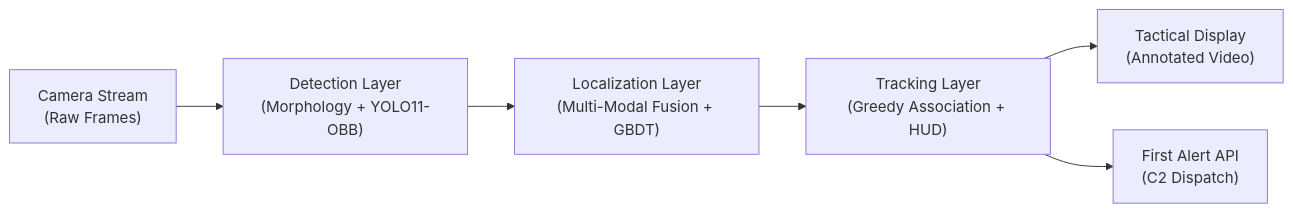
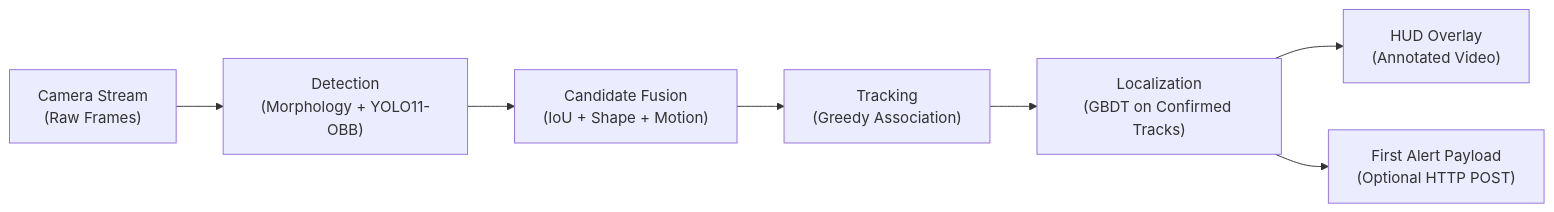
The diagram in README.md (PS-Open-Fruit/AI-Drone-Detection), drawn with Mermaid before and after one commit. The commit also changed other lines of this file and 7 other files, not shown here.

````diff
--- a/README.md
+++ b/README.md
@@ -15,8 +17,9 @@
 ```mermaid
 flowchart LR
-    A["Camera Stream\n(Raw Frames)"] --> B["Detection Layer\n(Morphology + YOLO11-OBB)"]
-    B --> C["Localization Layer\n(Multi-Modal Fusion + GBDT)"]
-    C --> D["Tracking Layer\n(Greedy Association + HUD)"]
-    D --> E["Tactical Display\n(Annotated Video)"]
-    D --> F["First Alert API\n(C2 Dispatch)"]
+    A["Camera Stream\n(Raw Frames)"] --> B["Detection\n(Morphology + YOLO11-OBB)"]
+    B --> C["Candidate Fusion\n(IoU + Shape + Motion)"]
+    C --> D["Tracking\n(Greedy Association)"]
+    D --> E["Localization\n(GBDT on Confirmed Tracks)"]
+    E --> F["HUD Overlay\n(Annotated Video)"]
+    E --> G["First Alert Payload\n(Optional HTTP POST)"]
 ```
````
